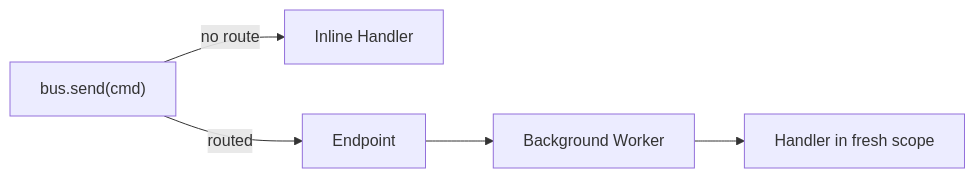
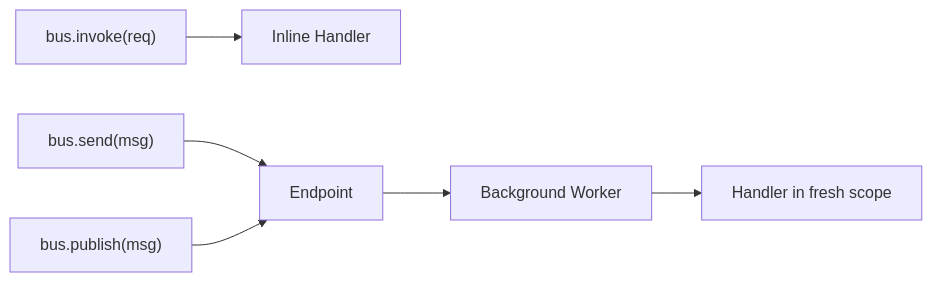
The first of 2 diagrams in docs/features/messaging/routing.md (waku-py/waku), drawn with Mermaid before and after one commit. The commit also changed other lines of this file and 70 other files, not shown here.

````diff
--- a/docs/features/messaging/routing.md
+++ b/docs/features/messaging/routing.md
@@ -21,7 +22,8 @@
 ```mermaid
 graph LR
-    Bus["bus.send(cmd)"] -->|no route| Inline[Inline Handler]
-    Bus -->|routed| EP[Endpoint]
+    Invoke["bus.invoke(req)"] --> Inline[Inline Handler]
+    Send["bus.send(msg)"] --> EP[Endpoint]
+    Publish["bus.publish(msg)"] --> EP
     EP --> Worker[Background Worker]
     Worker --> Handler[Handler in fresh scope]
 ```
````
